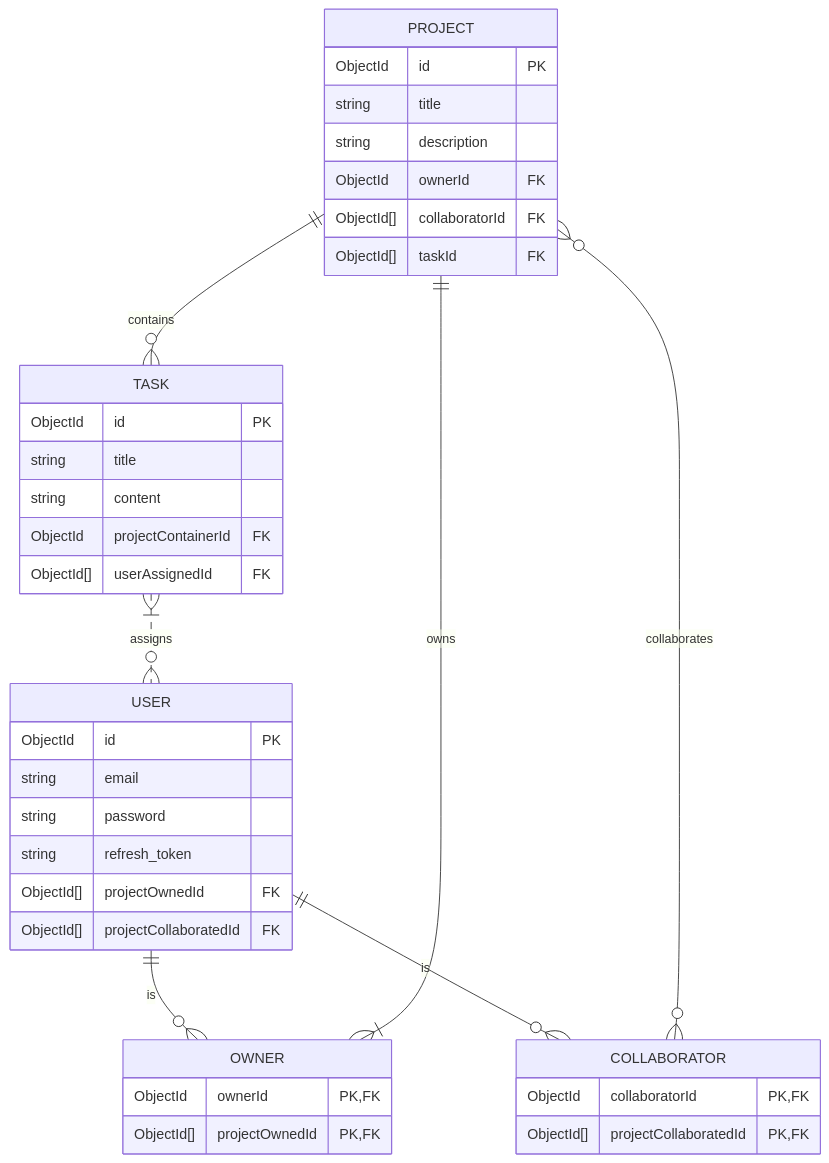
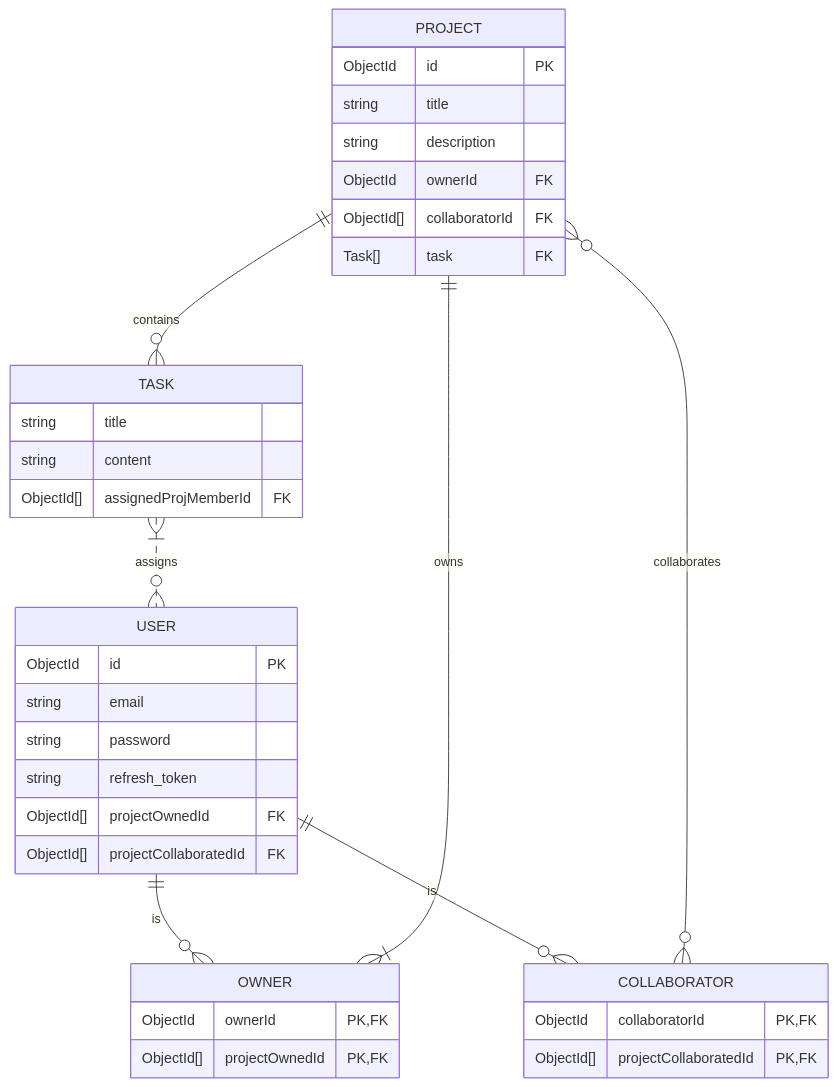
The diagram in README.md (jfvillablanca/bourne-task-app-api), drawn with Mermaid before and after one commit. The commit also changed other lines of this file, not shown here.

````diff
--- a/README.md
+++ b/README.md
@@ -117,40 +118,38 @@
 ```mermaid
 erDiagram
     PROJECT ||--o{ TASK: contains
     PROJECT {
         ObjectId id PK
         string title
         string description
         ObjectId ownerId FK
         ObjectId[] collaboratorId FK
-        ObjectId[] taskId FK
+        Task[] task FK
     }
     USER ||--o{ OWNER: is
     USER ||--o{ COLLABORATOR: is
     USER {
         ObjectId id PK
         string email
         string password
         string refresh_token
         ObjectId[] projectOwnedId FK
         ObjectId[] projectCollaboratedId FK
     }
     TASK }|..o{ USER: assigns
     TASK {
-        ObjectId id PK
         string title
         string content
-        ObjectId projectContainerId FK
-        ObjectId[] userAssignedId FK
+        ObjectId[] assignedProjMemberId FK
     }
     OWNER }|--|| PROJECT: owns
     OWNER {
         ObjectId ownerId PK, FK
         ObjectId[] projectOwnedId PK, FK
     }
     COLLABORATOR }o--o{ PROJECT: collaborates
     COLLABORATOR {
         ObjectId collaboratorId PK, FK
         ObjectId[] projectCollaboratedId PK, FK
     }
 ```
````
